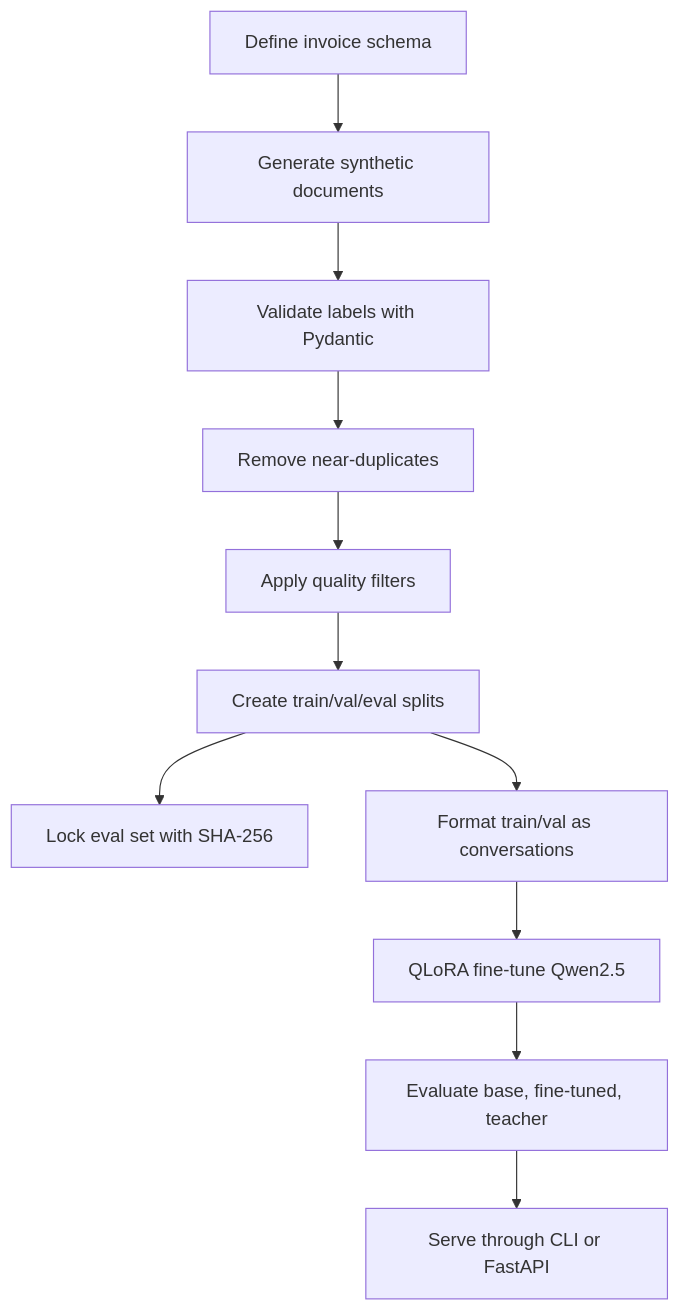
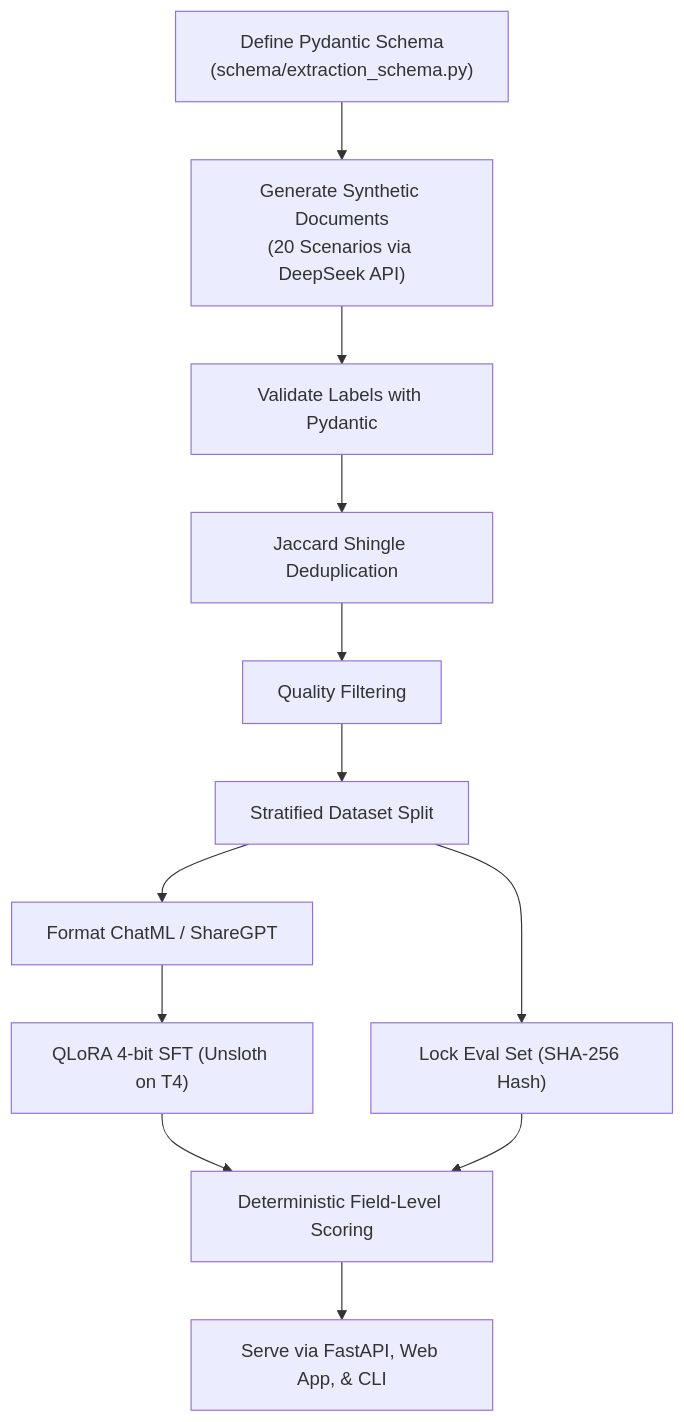
The diagram in INTERVIEW_PREP.md (ompatelz/ModelDistiller), drawn with Mermaid before and after one commit. The commit also changed other lines of this file and 13 other files, not shown here.

Commit message:
feat: add interactive web testing app, multi-engine serving, evaluation results, and presentation polish

````diff
--- a/INTERVIEW_PREP.md
+++ b/INTERVIEW_PREP.md
@@ -29,13 +17,14 @@
 ```mermaid
 flowchart TD
-    A["Define invoice schema"] --> B["Generate synthetic documents"]
-    B --> C["Validate labels with Pydantic"]
-    C --> D["Remove near-duplicates"]
-    D --> E["Apply quality filters"]
-    E --> F["Create train/val/eval splits"]
-    F --> G["Lock eval set with SHA-256"]
-    F --> H["Format train/val as conversations"]
-    H --> I["QLoRA fine-tune Qwen2.5"]
-    I --> J["Evaluate base, fine-tuned, teacher"]
-    J --> K["Serve through CLI or FastAPI"]
+    A["Define Pydantic Schema<br/>(schema/extraction_schema.py)"] --> B["Generate Synthetic Documents<br/>(20 Scenarios via DeepSeek API)"]
+    B --> C["Validate Labels with Pydantic"]
+    C --> D["Jaccard Shingle Deduplication"]
+    D --> E["Quality Filtering"]
+    E --> F["Stratified Dataset Split"]
+    F --> G["Lock Eval Set (SHA-256 Hash)"]
+    F --> H["Format ChatML / ShareGPT"]
+    H --> I["QLoRA 4-bit SFT (Unsloth on T4)"]
+    I --> J["Deterministic Field-Level Scoring"]
+    G --> J
+    J --> K["Serve via FastAPI, Web App, & CLI"]
 ```
````
